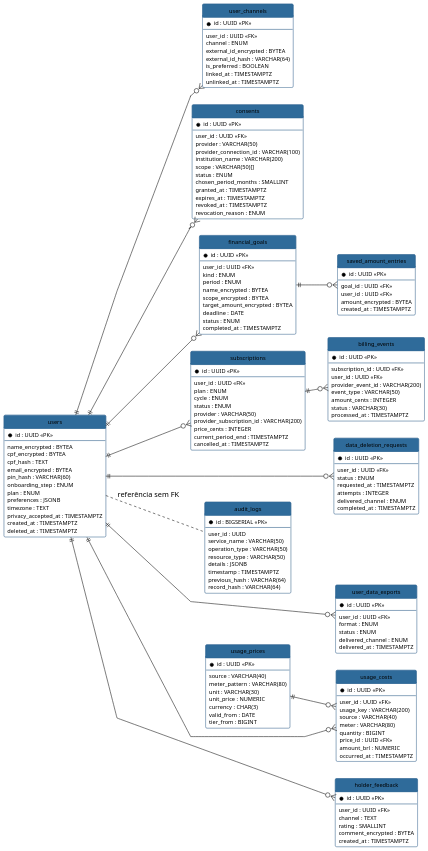
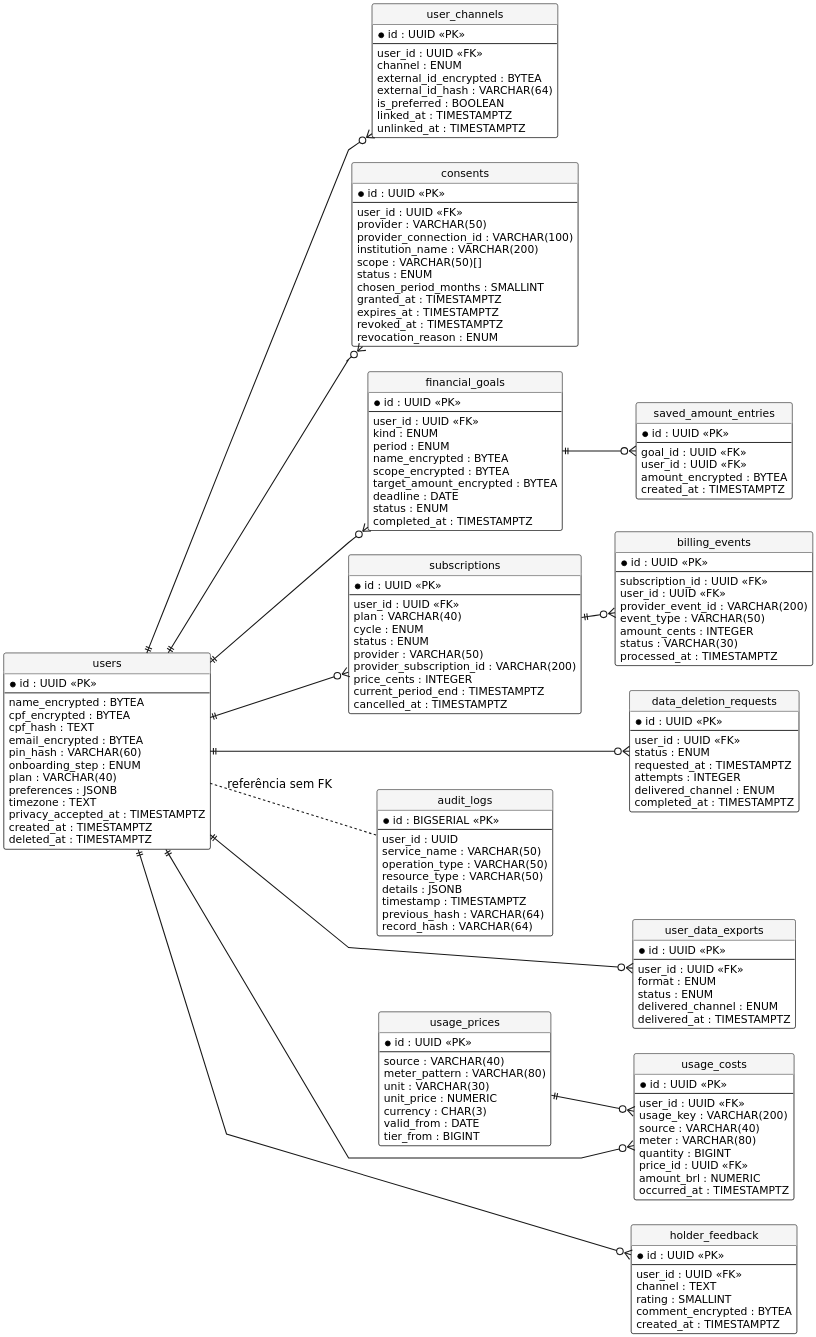
One commit to eigam-corp/thesis changed the diagram in puml/mer_postgres.puml. Above: the diagram before and after it, drawn with PlantUML. The commit also changed 198 other files, not shown here.

```diff
--- a/puml/mer_postgres.puml
+++ b/puml/mer_postgres.puml
@@ -1,195 +1,198 @@
 @startuml mer_postgres
-skinparam defaultFontName Arial
+skinparam defaultFontName "DejaVu Sans"
 skinparam shadowing false
-skinparam dpi 150
+skinparam monochrome true
+skinparam dpi 220
+skinparam defaultFontSize 14
+skinparam ArrowThickness 1.3
 skinparam linetype polyline
 left to right direction
 skinparam nodesep 30
 skinparam ranksep 40
 hide circle
 hide methods
 skinparam class {
-    BackgroundColor #FFFFFF
-    BorderColor #2F5F8A
-    HeaderBackgroundColor #2F6B9A
-    HeaderFontColor #FFFFFF
-    FontSize 11
-    AttributeFontSize 10
+    BackgroundColor White
+    BorderColor Black
+    HeaderBackgroundColor WhiteSmoke
+    HeaderFontColor Black
+    FontSize 14
+    AttributeFontSize 13
 }
 
 entity users {
     * id : UUID <<PK>>
     --
     name_encrypted : BYTEA
     cpf_encrypted : BYTEA
     cpf_hash : TEXT
     email_encrypted : BYTEA
     pin_hash : VARCHAR(60)
     onboarding_step : ENUM
-    plan : ENUM
+    plan : VARCHAR(40)
     preferences : JSONB
     timezone : TEXT
     privacy_accepted_at : TIMESTAMPTZ
     created_at : TIMESTAMPTZ
     deleted_at : TIMESTAMPTZ
 }
 
 entity user_channels {
     * id : UUID <<PK>>
     --
     user_id : UUID <<FK>>
     channel : ENUM
     external_id_encrypted : BYTEA
     external_id_hash : VARCHAR(64)
     is_preferred : BOOLEAN
     linked_at : TIMESTAMPTZ
     unlinked_at : TIMESTAMPTZ
 }
 
 entity consents {
     * id : UUID <<PK>>
     --
     user_id : UUID <<FK>>
     provider : VARCHAR(50)
     provider_connection_id : VARCHAR(100)
     institution_name : VARCHAR(200)
     scope : VARCHAR(50)[]
     status : ENUM
     chosen_period_months : SMALLINT
     granted_at : TIMESTAMPTZ
     expires_at : TIMESTAMPTZ
     revoked_at : TIMESTAMPTZ
     revocation_reason : ENUM
 }
 
 entity financial_goals {
     * id : UUID <<PK>>
     --
     user_id : UUID <<FK>>
     kind : ENUM
     period : ENUM
     name_encrypted : BYTEA
     scope_encrypted : BYTEA
     target_amount_encrypted : BYTEA
     deadline : DATE
     status : ENUM
     completed_at : TIMESTAMPTZ
 }
 
 entity saved_amount_entries {
     * id : UUID <<PK>>
     --
     goal_id : UUID <<FK>>
     user_id : UUID <<FK>>
     amount_encrypted : BYTEA
     created_at : TIMESTAMPTZ
 }
 
 entity subscriptions {
     * id : UUID <<PK>>
     --
     user_id : UUID <<FK>>
-    plan : ENUM
+    plan : VARCHAR(40)
     cycle : ENUM
     status : ENUM
     provider : VARCHAR(50)
     provider_subscription_id : VARCHAR(200)
     price_cents : INTEGER
     current_period_end : TIMESTAMPTZ
     cancelled_at : TIMESTAMPTZ
 }
 
 entity billing_events {
     * id : UUID <<PK>>
     --
     subscription_id : UUID <<FK>>
     user_id : UUID <<FK>>
     provider_event_id : VARCHAR(200)
     event_type : VARCHAR(50)
     amount_cents : INTEGER
     status : VARCHAR(30)
     processed_at : TIMESTAMPTZ
 }
 
 entity usage_costs {
     * id : UUID <<PK>>
     --
     user_id : UUID <<FK>>
     usage_key : VARCHAR(200)
     source : VARCHAR(40)
     meter : VARCHAR(80)
     quantity : BIGINT
     price_id : UUID <<FK>>
     amount_brl : NUMERIC
     occurred_at : TIMESTAMPTZ
 }
 
 entity usage_prices {
     * id : UUID <<PK>>
     --
     source : VARCHAR(40)
     meter_pattern : VARCHAR(80)
     unit : VARCHAR(30)
     unit_price : NUMERIC
     currency : CHAR(3)
     valid_from : DATE
     tier_from : BIGINT
 }
 
 entity audit_logs {
     * id : BIGSERIAL <<PK>>
     --
     user_id : UUID
     service_name : VARCHAR(50)
     operation_type : VARCHAR(50)
     resource_type : VARCHAR(50)
     details : JSONB
     timestamp : TIMESTAMPTZ
     previous_hash : VARCHAR(64)
     record_hash : VARCHAR(64)
 }
 
 entity data_deletion_requests {
     * id : UUID <<PK>>
     --
     user_id : UUID <<FK>>
     status : ENUM
     requested_at : TIMESTAMPTZ
     attempts : INTEGER
     delivered_channel : ENUM
     completed_at : TIMESTAMPTZ
 }
 
 entity user_data_exports {
     * id : UUID <<PK>>
     --
     user_id : UUID <<FK>>
     format : ENUM
     status : ENUM
     delivered_channel : ENUM
     delivered_at : TIMESTAMPTZ
 }
 
 entity holder_feedback {
     * id : UUID <<PK>>
     --
     user_id : UUID <<FK>>
     channel : TEXT
     rating : SMALLINT
     comment_encrypted : BYTEA
     created_at : TIMESTAMPTZ
 }
 
 users ||--o{ user_channels
 users ||--o{ consents
 users ||--o{ financial_goals
 financial_goals ||--o{ saved_amount_entries
 users ||--o{ subscriptions
 subscriptions ||--o{ billing_events
 usage_prices ||--o{ usage_costs
 users ||---o{ usage_costs
 users ||---o{ data_deletion_requests
 users ||---o{ user_data_exports
 users ||---o{ holder_feedback
 users .. audit_logs : referência sem FK
 @enduml
```
